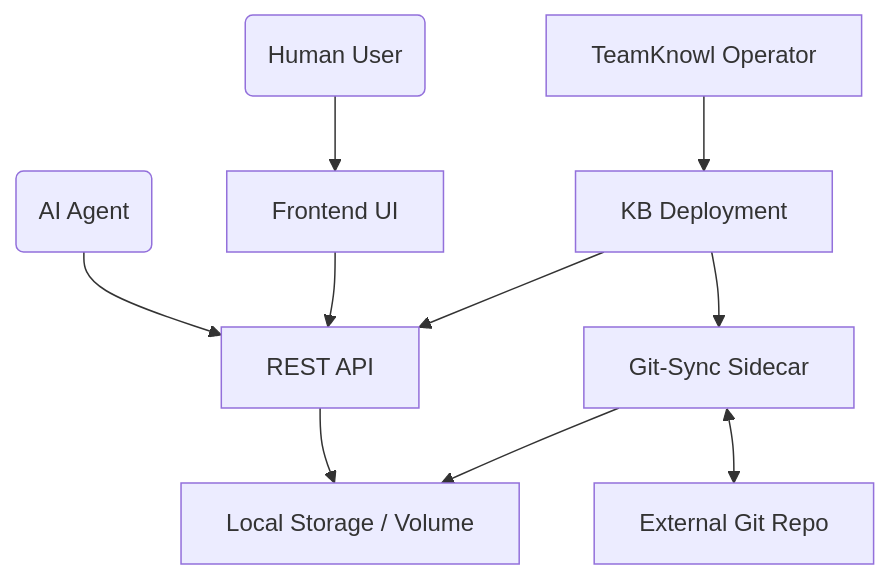
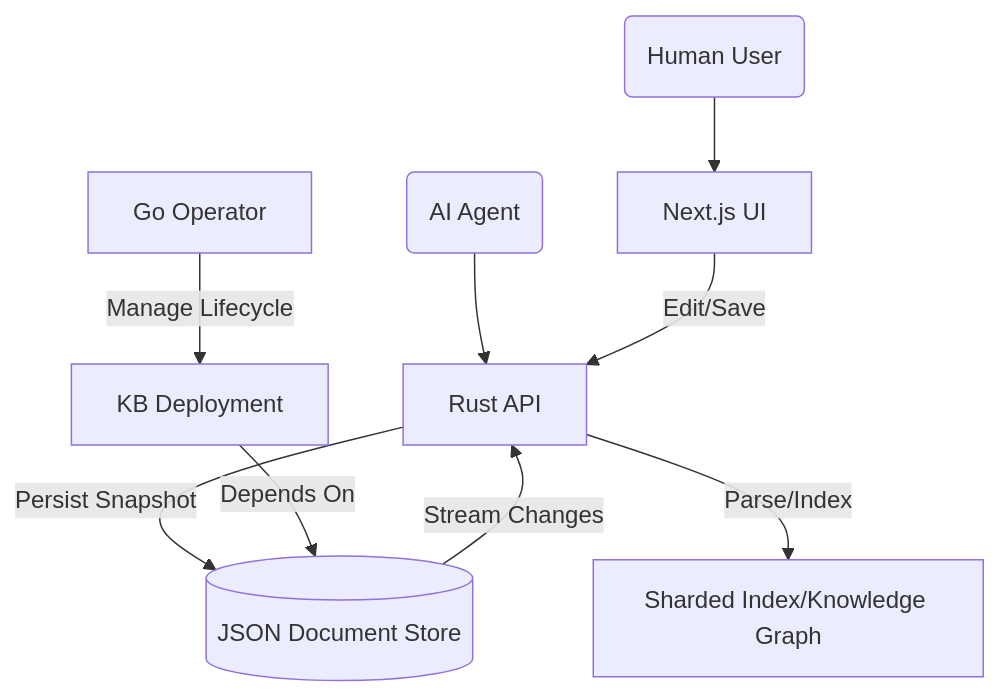
The diagram in docs/technical-design.md (jensjohansen/teamknowl), drawn with Mermaid before and after one commit. The commit also changed other lines of this file and 48 other files, not shown here.

Commit message:
feat(api): bootstrap Rust API with context resolution

````diff
--- a/docs/technical-design.md
+++ b/docs/technical-design.md
@@ -10,12 +12,11 @@
 ```mermaid
 graph TD
-    User(Human User) --> FE[Frontend UI]
-    Agent(AI Agent) --> API[REST API]
-    FE --> API
-    API --> FS[Local Storage / Volume]
-    Operator[TeamKnowl Operator] --> Deployment[KB Deployment]
-    Deployment --> API
-    Deployment --> GitSync[Git-Sync Sidecar]
-    GitSync --> FS
-    GitSync <--> GitRepo[External Git Repo]
+    User(Human User) --> FE[Next.js UI]
+    Agent(AI Agent) --> API[Rust API]
+    FE -- Edit/Save --> API
+    API -- Persist Snapshot --> DS[(JSON Document Store)]
+    DS -- Stream Changes --> API
+    API -- Parse/Index --> Index[Sharded Index/Knowledge Graph]
+    Operator[Go Operator] -- Manage Lifecycle --> KBInstance[KB Deployment]
+    KBInstance -- Depends On --> DS
 ```
````
